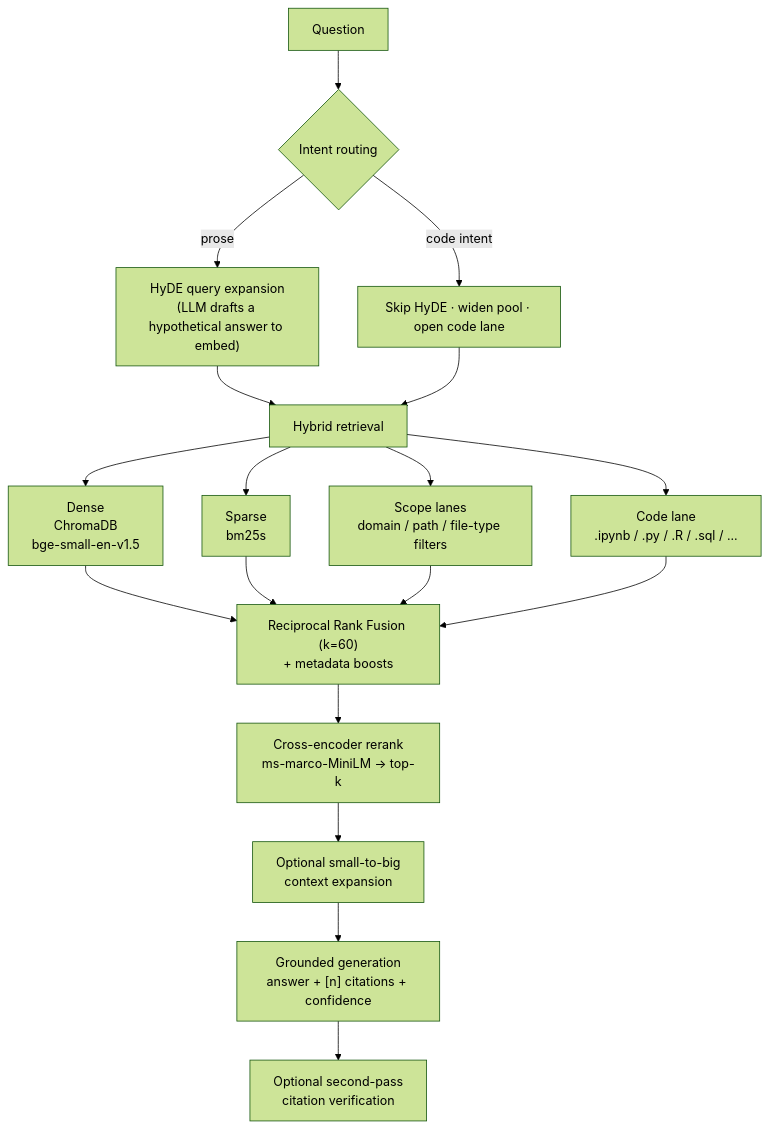
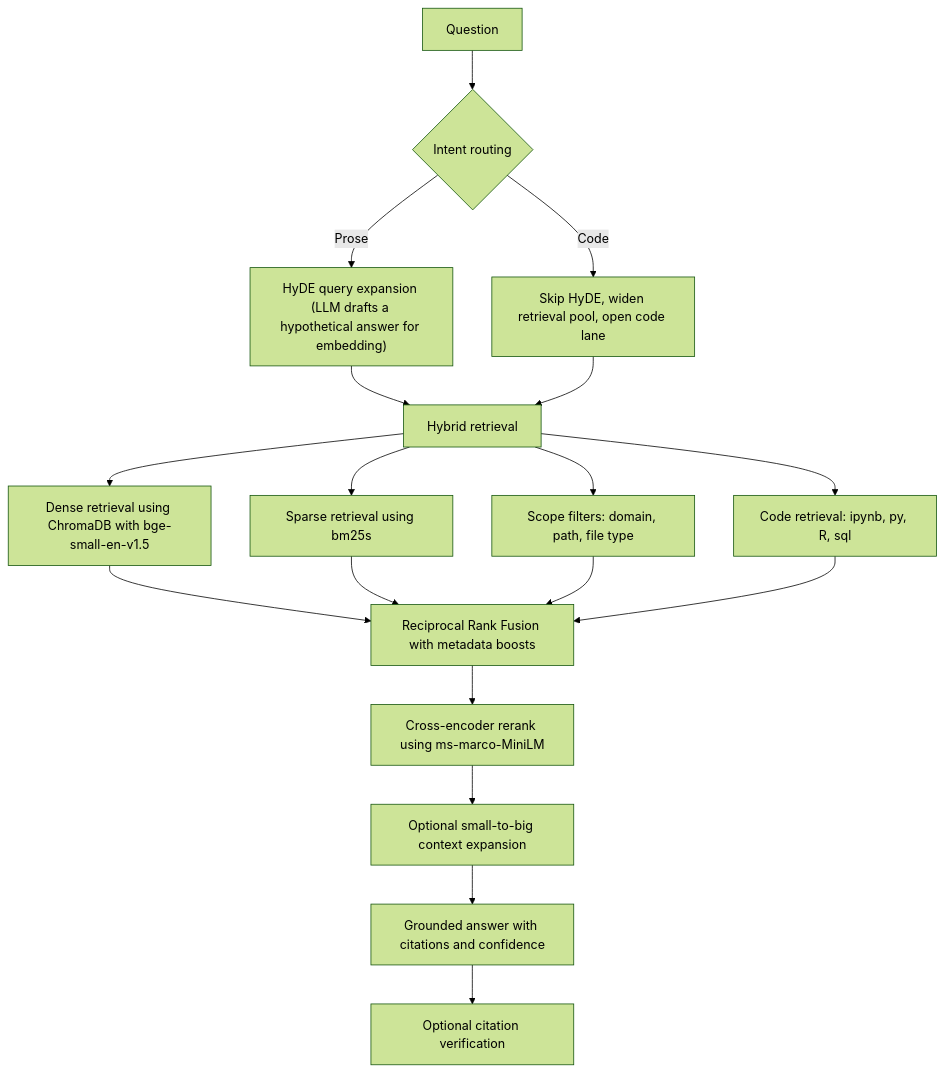
The diagram in README.md (AlbertHakobyan070/Advanced-Obsidian-RAG), drawn with Mermaid (forest theme) before and after one commit. The commit also changed other lines of this file, not shown here.

````diff
--- a/README.md
+++ b/README.md
@@ -44,25 +44,26 @@
-```Mermaid
+```mermaid
 flowchart TD
-    Q["Question"] --> R{Intent routing}
 
-    R -->|prose| H["HyDE query expansion\n(LLM drafts a hypothetical answer to embed)"]
-    R -->|code intent| C0["Skip HyDE · widen pool · open code lane"]
+    Q["Question"] --> R{"Intent routing"}
+
+    R -->|Prose| H["HyDE query expansion (LLM drafts a hypothetical answer for embedding)"]
+    R -->|Code| C["Skip HyDE, widen retrieval pool, open code lane"]
 
     H --> HY["Hybrid retrieval"]
-    C0 --> HY
+    C --> HY
 
-    HY --> D["Dense\nChromaDB\nbge-small-en-v1.5"]
-    HY --> S["Sparse\nbm25s"]
-    HY --> SL["Scope lanes\ndomain / path / file-type filters"]
-    HY --> CL["Code lane\n.ipynb / .py / .R / .sql / ..."]
+    HY --> D["Dense retrieval using ChromaDB with bge-small-en-v1.5"]
+    HY --> S["Sparse retrieval using bm25s"]
+    HY --> F["Scope filters: domain, path, file type"]
+    HY --> L["Code retrieval: ipynb, py, R, sql"]
 
-    D --> RRF["Reciprocal Rank Fusion (k=60)\n+ metadata boosts"]
+    D --> RRF["Reciprocal Rank Fusion with metadata boosts"]
     S --> RRF
-    SL --> RRF
-    CL --> RRF
+    F --> RRF
+    L --> RRF
 
-    RRF --> RR["Cross-encoder rerank\nms-marco-MiniLM -> top-k"]
-    RR --> EX["Optional small-to-big\ncontext expansion"]
-    EX --> G["Grounded generation\nanswer + [n] citations + confidence"]
-    G --> V["Optional second-pass\ncitation verification"]
+    RRF --> RR["Cross-encoder rerank using ms-marco-MiniLM"]
+    RR --> EX["Optional small-to-big context expansion"]
+    EX --> G["Grounded answer with citations and confidence"]
+    G --> V["Optional citation verification"]
 ```
````
